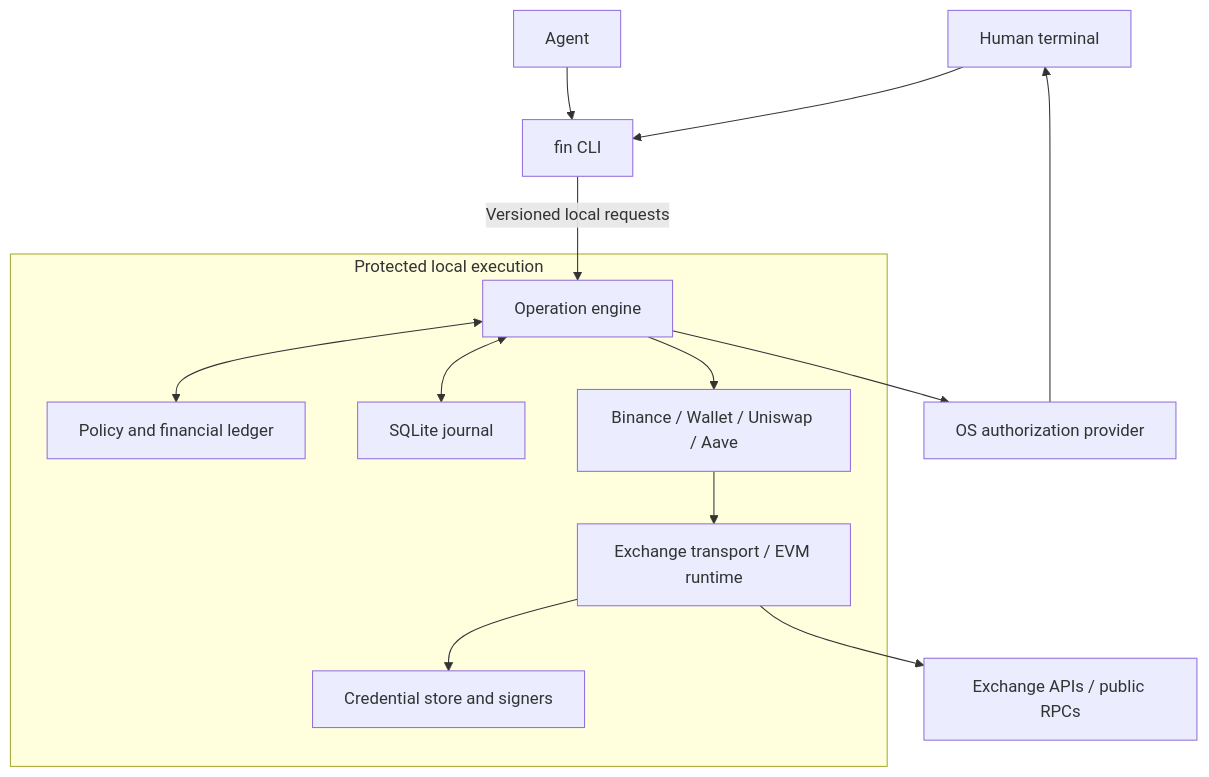
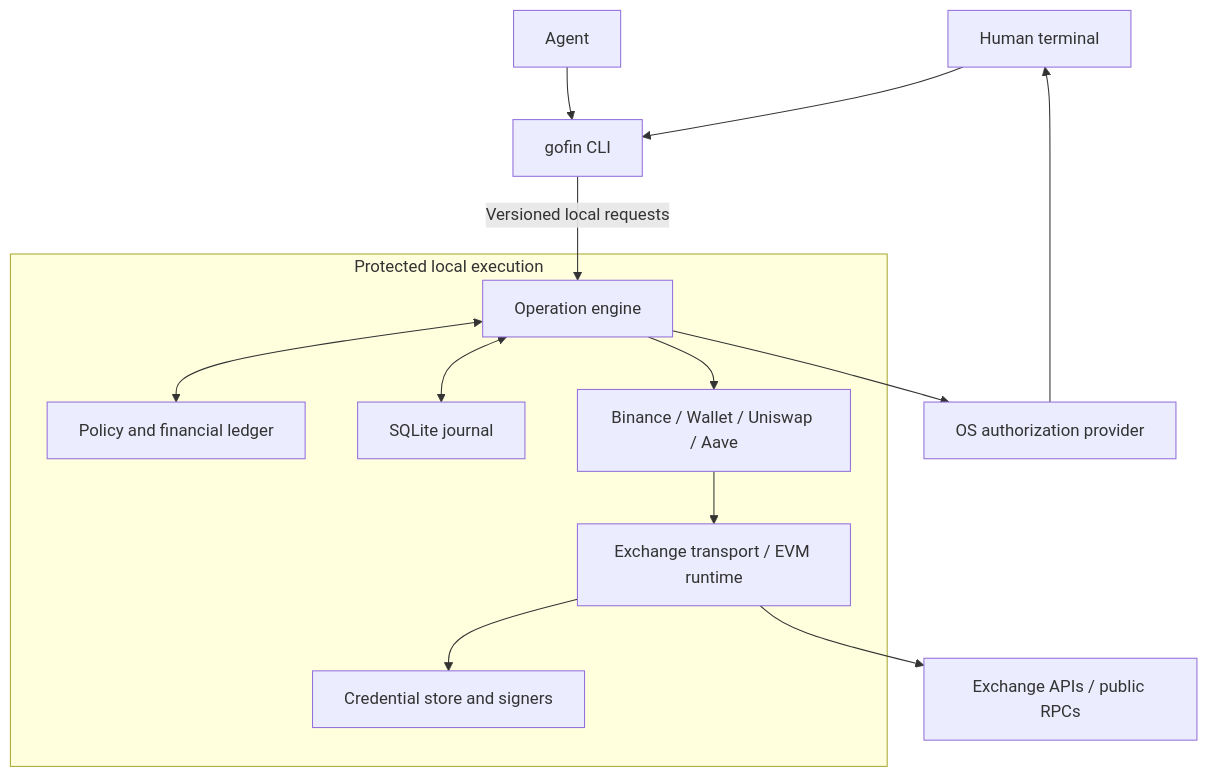
One commit to LimeChain/gofin-cli changed the diagram in docs/rust-architecture.md. Above: the diagram before and after it, drawn with Mermaid. The commit also changed other lines of this file and 955 other files, not shown here.

````diff
--- a/docs/rust-architecture.md
+++ b/docs/rust-architecture.md
@@ -9,22 +9,22 @@
 ```mermaid
 flowchart TD
-    Human[Human terminal] --> CLI[fin CLI]
+    Human[Human terminal] --> CLI[gofin CLI]
     Agent[Agent] --> CLI
     CLI -->|Versioned local requests| Engine
     subgraph Broker[Protected local execution]
         Engine[Operation engine]
         Ledger[Policy and financial ledger]
         Journal[SQLite journal]
         Apps[Binance / Wallet / Uniswap / Aave]
         Runtime[Exchange transport / EVM runtime]
         Credentials[Credential store and signers]
         Engine <--> Ledger
         Engine <--> Journal
         Engine --> Apps
         Apps --> Runtime
         Runtime --> Credentials
     end
     Engine --> Authorization[OS authorization provider]
     Authorization --> Human
     Runtime --> External[Exchange APIs / public RPCs]
 ```
````
